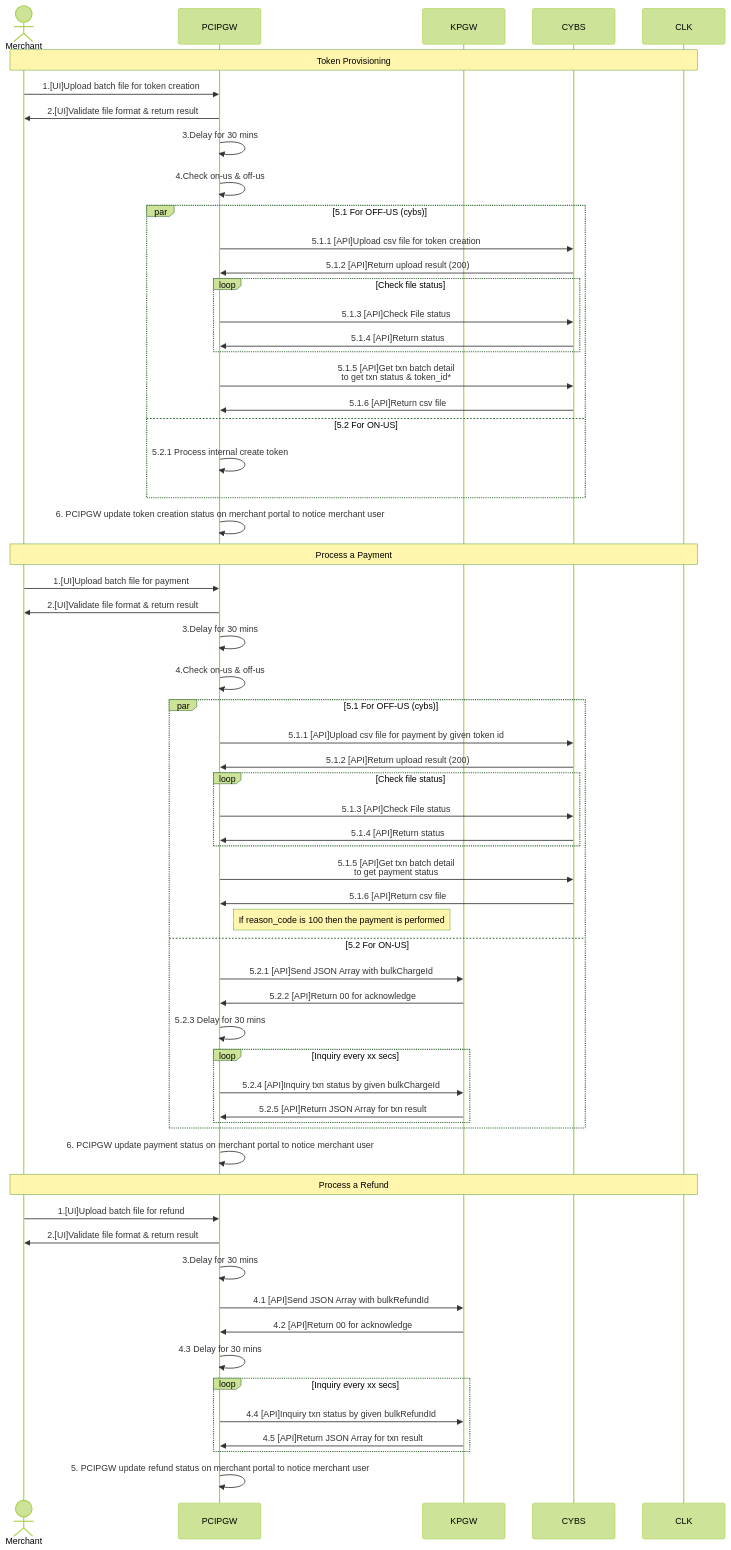
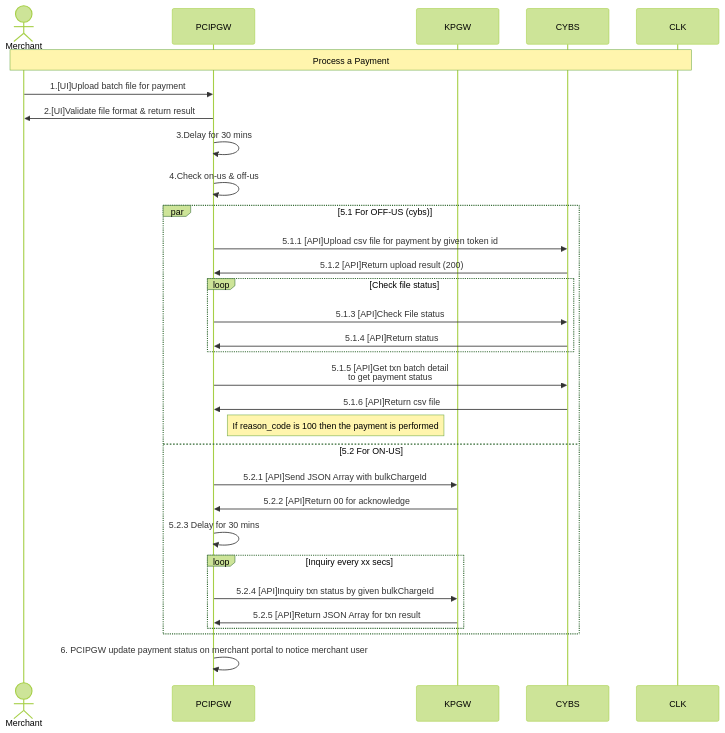
Before and after one commit to yuusuke25/MyNotes: the second of 3 diagrams in RecurringTokenFlow.md, drawn with Mermaid (forest theme).

````diff
--- a/RecurringTokenFlow.md
+++ b/RecurringTokenFlow.md
@@ -2,67 +28,33 @@
 ```mermaid
     sequenceDiagram
         Actor Merchant
         participant PCIPGW
         participant KPGW
         participant CYBS
         participant CLK
-        Note over Merchant,CLK: Token Provisioning
-        Merchant->>PCIPGW: 1.[UI]Upload batch file for token creation
-        PCIPGW->>Merchant: 2.[UI]Validate file format & return result
-        PCIPGW->>PCIPGW: 3.Delay for 30 mins 
-        PCIPGW->>PCIPGW: 4.Check on-us & off-us
-        par 5.1 For OFF-US (cybs)
-          PCIPGW->>CYBS: 5.1.1 [API]Upload csv file for token creation
-          CYBS->>PCIPGW: 5.1.2 [API]Return upload result (200)
-          Loop Check file status
-              PCIPGW->>CYBS: 5.1.3 [API]Check File status
-              CYBS->>PCIPGW: 5.1.4 [API]Return status
-          end
-          PCIPGW->>CYBS: 5.1.5 [API]Get txn batch detail<br>to get txn status & token_id*
-          CYBS->>PCIPGW: 5.1.6 [API]Return csv file
-        and 5.2 For ON-US
-          PCIPGW->>PCIPGW: 5.2.1 Process internal create token
-        end
-        PCIPGW->>PCIPGW: 6. PCIPGW update token creation status on merchant portal to notice merchant user
-        
-        
         Note over Merchant,CLK: Process a Payment
         Merchant->>PCIPGW: 1.[UI]Upload batch file for payment
         PCIPGW->>Merchant: 2.[UI]Validate file format & return result
         PCIPGW->>PCIPGW: 3.Delay for 30 mins
         PCIPGW->>PCIPGW: 4.Check on-us & off-us
         par 5.1 For OFF-US (cybs)
           PCIPGW->>CYBS: 5.1.1 [API]Upload csv file for payment by given token id
           CYBS->>PCIPGW: 5.1.2 [API]Return upload result (200)
           Loop Check file status
               PCIPGW->>CYBS: 5.1.3 [API]Check File status
               CYBS->>PCIPGW: 5.1.4 [API]Return status
           end
           PCIPGW->>CYBS: 5.1.5 [API]Get txn batch detail<br>to get payment status
           CYBS->>PCIPGW: 5.1.6 [API]Return csv file
           Note right of PCIPGW: If reason_code is 100 then the payment is performed
         and 5.2 For ON-US
           PCIPGW->>KPGW: 5.2.1 [API]Send JSON Array with bulkChargeId
           KPGW->>PCIPGW: 5.2.2 [API]Return 00 for acknowledge
           PCIPGW->>PCIPGW: 5.2.3 Delay for 30 mins
           Loop Inquiry every xx secs
             PCIPGW->>KPGW: 5.2.4 [API]Inquiry txn status by given bulkChargeId
             KPGW->>PCIPGW: 5.2.5 [API]Return JSON Array for txn result
           end
         end
         PCIPGW->>PCIPGW: 6. PCIPGW update payment status on merchant portal to notice merchant user
-        
-        
-        Note over Merchant,CLK: Process a Refund
-        Merchant->>PCIPGW: 1.[UI]Upload batch file for refund
-        PCIPGW->>Merchant: 2.[UI]Validate file format & return result
-        PCIPGW->>PCIPGW: 3.Delay for 30 mins
-        PCIPGW->>KPGW: 4.1 [API]Send JSON Array with bulkRefundId
-        KPGW->>PCIPGW: 4.2 [API]Return 00 for acknowledge
-        PCIPGW->>PCIPGW: 4.3 Delay for 30 mins
-        Loop Inquiry every xx secs
-          PCIPGW->>KPGW: 4.4 [API]Inquiry txn status by given bulkRefundId
-          KPGW->>PCIPGW: 4.5 [API]Return JSON Array for txn result
-        end
-        PCIPGW->>PCIPGW: 5. PCIPGW update refund status on merchant portal to notice merchant user
 ```
````
